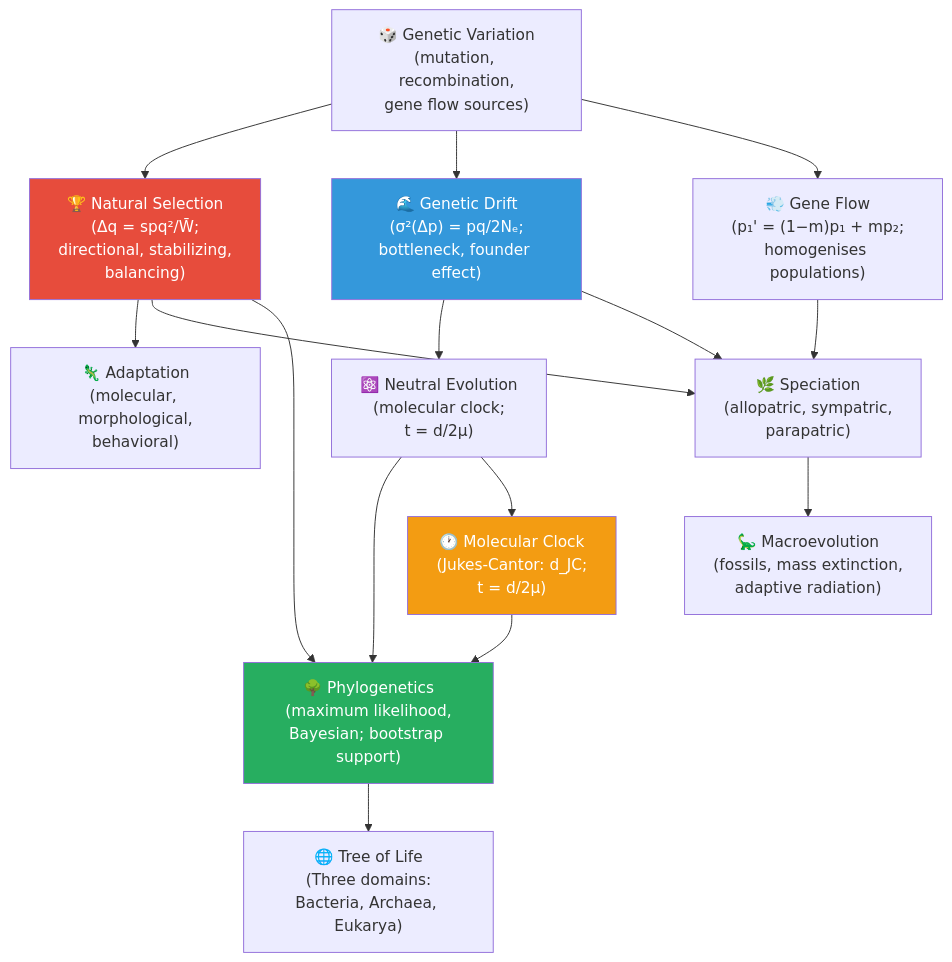
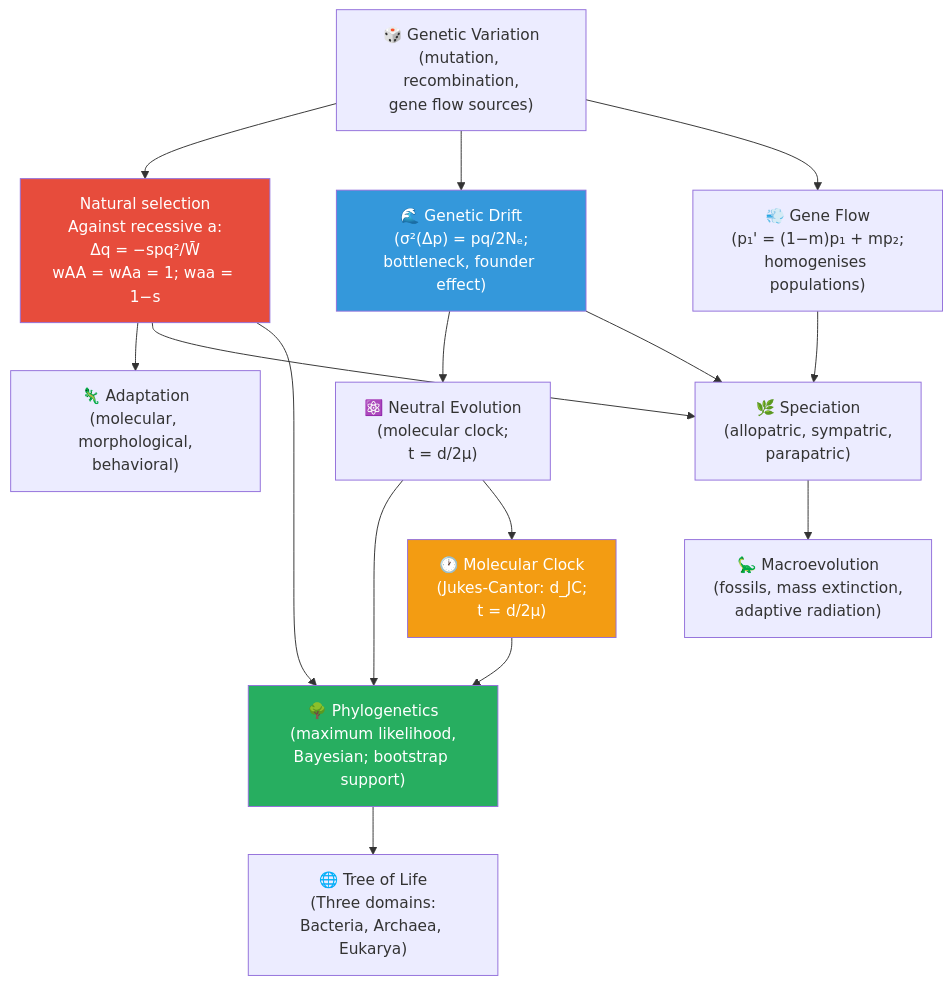
The diagram in docs/manuscript/unit_VI/unit_intro.md (docxology/biology_textbook), drawn with Mermaid before and after one commit. The commit also changed other lines of this file and 444 other files, not shown here.

````diff
--- a/docs/manuscript/unit_VI/unit_intro.md
+++ b/docs/manuscript/unit_VI/unit_intro.md
@@ -46,27 +46,27 @@
 ```mermaid
 graph TD
-    VAR["🎲 Genetic Variation<br/>(mutation, recombination,<br/>gene flow sources)"] --> SEL["🏆 Natural Selection<br/>(Δq = spq²/W̄;<br/>directional, stabilizing,<br/>balancing)"]
+    VAR["🎲 Genetic Variation<br/>(mutation, recombination,<br/>gene flow sources)"] --> SEL["Natural selection<br/>Against recessive a:<br/>Δq = −spq²/W̄<br/>wAA = wAa = 1; waa = 1−s"]
     VAR --> DRIFT["🌊 Genetic Drift<br/>(σ²(Δp) = pq/2Nₑ;<br/>bottleneck, founder effect)"]
     VAR --> FLOW["💨 Gene Flow<br/>(p₁' = (1−m)p₁ + mp₂;<br/>homogenises populations)"]
 
     SEL --> ADAP["🦎 Adaptation<br/>(molecular, morphological,<br/>behavioral)"]
     DRIFT --> NEUT["⚛️ Neutral Evolution<br/>(molecular clock;<br/>t = d/2μ)"]
 
     SEL --> SPEC["🌿 Speciation<br/>(allopatric, sympatric,<br/>parapatric)"]
     DRIFT --> SPEC
     FLOW --> SPEC
 
     SPEC --> MACRO["🦕 Macroevolution<br/>(fossils, mass extinction,<br/>adaptive radiation)"]
 
     SEL --> PHYL["🌳 Phylogenetics<br/>(maximum likelihood,<br/>Bayesian; bootstrap support)"]
     NEUT --> PHYL
     PHYL --> TREE["🌐 Tree of Life<br/>(Three domains:<br/>Bacteria, Archaea, Eukarya)"]
 
     CLOCK["🕐 Molecular Clock<br/>(Jukes-Cantor: d_JC;<br/>t = d/2μ)"] --> PHYL
     NEUT --> CLOCK
 
     style SEL fill:#e74c3c,color:#fff
     style DRIFT fill:#3498db,color:#fff
     style PHYL fill:#27ae60,color:#fff
     style CLOCK fill:#f39c12,color:#fff
 ```
````
